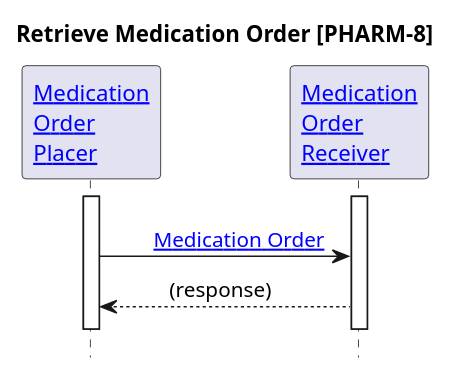
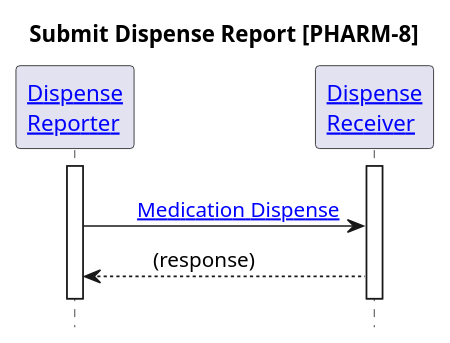
Before and after one commit to IHE/pharm-mpd: the diagram in input/images-source/pharm-8.plantuml, drawn with PlantUML. The commit also changed 9 other files, not shown here.

```diff
--- a/input/images-source/pharm-8.plantuml
+++ b/input/images-source/pharm-8.plantuml
@@ -1,23 +1,23 @@
 @startuml
 
 hide footbox
 
 '!include ./style.iuml
 
-Title Retrieve Medication Order [PHARM-8]
+Title Submit Dispense Report [PHARM-8]
 
-Participant "[[actors_and_transactions.html#order-placer Medication\nOrder\nPlacer]]" as OP
-Participant "[[actors_and_transactions.html#order-receiver Medication\nOrder\nReceiver]]" as OF
+Participant "[[actors_and_transactions.html#dispense-reporter Dispense\nReporter]]" as OP
+Participant "[[actors_and_transactions.html#dispense-receiver Dispense\nReceiver]]" as OF
 
 activate OP
 activate OF
 
 OP -[hidden]> OF
-OP -> OF: \t[[StructureDefinition-IHEMedicationOrder.html{Medication Order} Medication Order]]
+OP -> OF: \t[[StructureDefinition-IHEMedicationDispense.html{Medication Dispense} Medication Dispense]]
 OP <-- OF: \t(response)\t
 OP -[hidden]> OF
 
 deactivate OP
 deactivate OF
 
 @enduml
```
